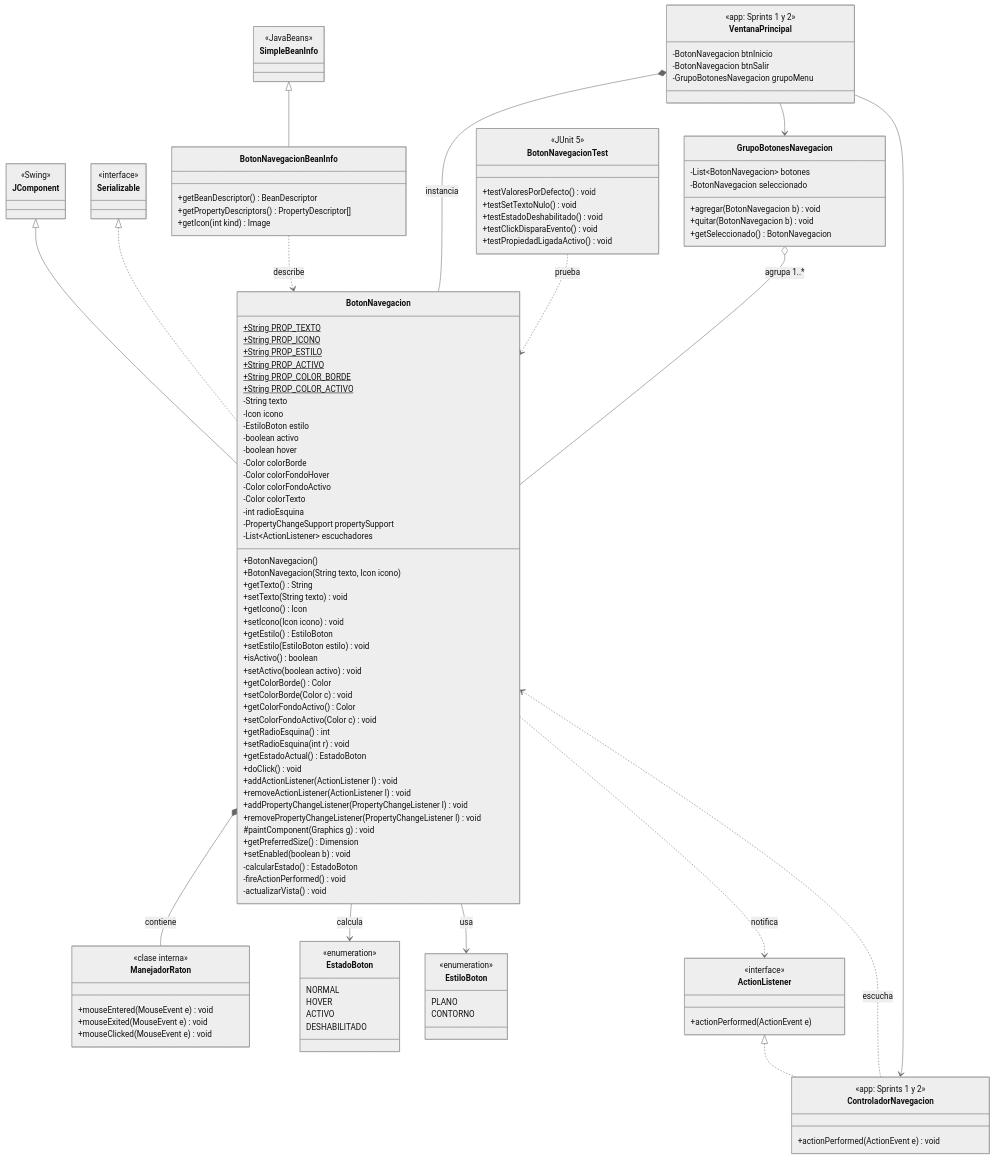
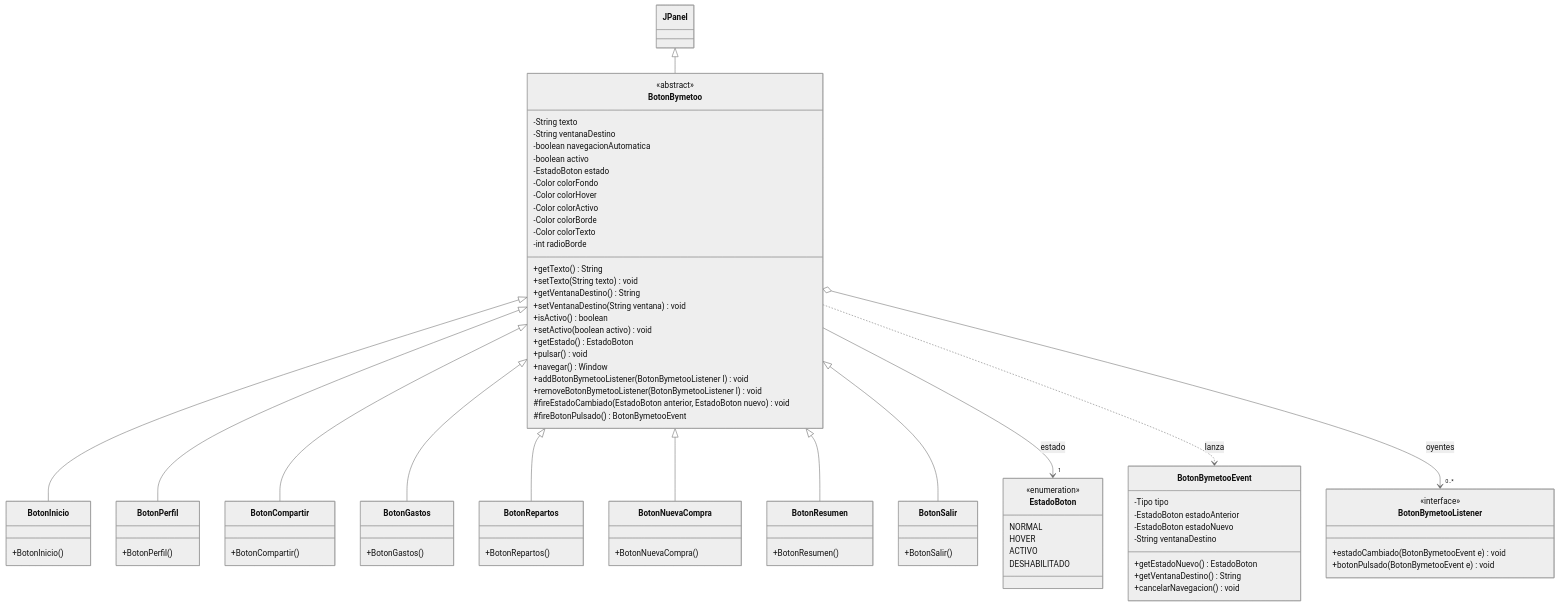
The diagram in DI-3.1.8 Arquitectura y diagrama de clases.md (siarheilukashou25-maker/Diseno_Interfaces-By-Me-Too), drawn with Mermaid (neutral theme) before and after one commit. The commit also changed other lines of this file, not shown here.

Commit message:
Revise class diagram and component documentation
Updated class diagram and component rules for Bymetoo buttons.

````diff
--- a/DI-3.1.8 Arquitectura y diagrama de clases.md
+++ b/DI-3.1.8 Arquitectura y diagrama de clases.md
@@ -21,18 +6,34 @@
 classDiagram
     direction TB
 
-    class JComponent {
-        <<Swing>>
-    }
-    class Serializable {
-        <<interface>>
-    }
-    class ActionListener {
-        <<interface>>
-        +actionPerformed(ActionEvent e)
-    }
-    class SimpleBeanInfo {
-        <<JavaBeans>>
+    class JPanel
+
+    class BotonBymetoo {
+        <<abstract>>
+        -String texto
+        -String ventanaDestino
+        -boolean navegacionAutomatica
+        -boolean activo
+        -EstadoBoton estado
+        -Color colorFondo
+        -Color colorHover
+        -Color colorActivo
+        -Color colorBorde
+        -Color colorTexto
+        -int radioBorde
+        +getTexto() String
+        +setTexto(String texto) void
+        +getVentanaDestino() String
+        +setVentanaDestino(String ventana) void
+        +isActivo() boolean
+        +setActivo(boolean activo) void
+        +getEstado() EstadoBoton
+        +pulsar() void
+        +navegar() Window
+        +addBotonBymetooListener(BotonBymetooListener l) void
+        +removeBotonBymetooListener(BotonBymetooListener l) void
+        #fireEstadoCambiado(EstadoBoton anterior, EstadoBoton nuevo) void
+        #fireBotonPulsado() BotonBymetooEvent
     }
 
     class EstadoBoton {
@@ -43,117 +44,58 @@
         DESHABILITADO
     }
 
-    class EstiloBoton {
-        <<enumeration>>
-        PLANO
-        CONTORNO
+    class BotonBymetooEvent {
+        -Tipo tipo
+        -EstadoBoton estadoAnterior
+        -EstadoBoton estadoNuevo
+        -String ventanaDestino
+        +getEstadoNuevo() EstadoBoton
+        +getVentanaDestino() String
+        +cancelarNavegacion() void
     }
 
-    class BotonNavegacion {
-        +String PROP_TEXTO$
-        +String PROP_ICONO$
-        +String PROP_ESTILO$
-        +String PROP_ACTIVO$
-        +String PROP_COLOR_BORDE$
-        +String PROP_COLOR_ACTIVO$
-        -String texto
-        -Icon icono
-        -EstiloBoton estilo
-        -boolean activo
-        -boolean hover
-        -Color colorBorde
-        -Color colorFondoHover
-        -Color colorFondoActivo
-        -Color colorTexto
-        -int radioEsquina
-        -PropertyChangeSupport propertySupport
-        -List~ActionListener~ escuchadores
-        +BotonNavegacion()
-        +BotonNavegacion(String texto, Icon icono)
-        +getTexto() String
-        +setTexto(String texto) void
-        +getIcono() Icon
-        +setIcono(Icon icono) void
-        +getEstilo() EstiloBoton
-        +setEstilo(EstiloBoton estilo) void
-        +isActivo() boolean
-        +setActivo(boolean activo) void
-        +getColorBorde() Color
-        +setColorBorde(Color c) void
-        +getColorFondoActivo() Color
-        +setColorFondoActivo(Color c) void
-        +getRadioEsquina() int
-        +setRadioEsquina(int r) void
-        +getEstadoActual() EstadoBoton
-        +doClick() void
-        +addActionListener(ActionListener l) void
-        +removeActionListener(ActionListener l) void
-        +addPropertyChangeListener(PropertyChangeListener l) void
-        +removePropertyChangeListener(PropertyChangeListener l) void
-        #paintComponent(Graphics g) void
-        +getPreferredSize() Dimension
-        +setEnabled(boolean b) void
-        -calcularEstado() EstadoBoton
-        -fireActionPerformed() void
-        -actualizarVista() void
+    class BotonBymetooListener {
+        <<interface>>
+        +estadoCambiado(BotonBymetooEvent e) void
+        +botonPulsado(BotonBymetooEvent e) void
     }
 
-    class ManejadorRaton {
-        <<clase interna>>
-        +mouseEntered(MouseEvent e) void
-        +mouseExited(MouseEvent e) void
-        +mouseClicked(MouseEvent e) void
+    class BotonInicio {
+        +BotonInicio()
+    }
+    class BotonPerfil {
+        +BotonPerfil()
+    }
+    class BotonCompartir {
+        +BotonCompartir()
+    }
+    class BotonGastos {
+        +BotonGastos()
+    }
+    class BotonRepartos {
+        +BotonRepartos()
+    }
+    class BotonNuevaCompra {
+        +BotonNuevaCompra()
+    }
+    class BotonResumen {
+        +BotonResumen()
+    }
+    class BotonSalir {
+        +BotonSalir()
     }
 
-    class BotonNavegacionBeanInfo {
-        +getBeanDescriptor() BeanDescriptor
-        +getPropertyDescriptors() PropertyDescriptor[]
-        +getIcon(int kind) Image
-    }
+    JPanel <|-- BotonBymetoo
+    BotonBymetoo <|-- BotonInicio
+    BotonBymetoo <|-- BotonPerfil
+    BotonBymetoo <|-- BotonCompartir
+    BotonBymetoo <|-- BotonGastos
+    BotonBymetoo <|-- BotonRepartos
+    BotonBymetoo <|-- BotonNuevaCompra
+    BotonBymetoo <|-- BotonResumen
+    BotonBymetoo <|-- BotonSalir
 
-    class GrupoBotonesNavegacion {
-        -List~BotonNavegacion~ botones
-        -BotonNavegacion seleccionado
-        +agregar(BotonNavegacion b) void
-        +quitar(BotonNavegacion b) void
-        +getSeleccionado() BotonNavegacion
-    }
-
-    class VentanaPrincipal {
-        <<app: Sprints 1 y 2>>
-        -BotonNavegacion btnInicio
-        -BotonNavegacion btnSalir
-        -GrupoBotonesNavegacion grupoMenu
-    }
-
-    class ControladorNavegacion {
-        <<app: Sprints 1 y 2>>
-        +actionPerformed(ActionEvent e) void
-    }
-
-    class BotonNavegacionTest {
-        <<JUnit 5>>
-        +testValoresPorDefecto() void
-        +testSetTextoNulo() void
-        +testEstadoDeshabilitado() void
-        +testClickDisparaEvento() void
-        +testPropiedadLigadaActivo() void
-    }
-
-    JComponent <|-- BotonNavegacion
-    Serializable <|.. BotonNavegacion
-    SimpleBeanInfo <|-- BotonNavegacionBeanInfo
-    ActionListener <|.. ControladorNavegacion
-
-    BotonNavegacion *-- ManejadorRaton : contiene
-    BotonNavegacion --> EstadoBoton : calcula
-    BotonNavegacion --> EstiloBoton : usa
-    BotonNavegacion ..> ActionListener : notifica
-    BotonNavegacionBeanInfo ..> BotonNavegacion : describe
-    GrupoBotonesNavegacion o-- BotonNavegacion : agrupa 1..*
-    VentanaPrincipal *-- BotonNavegacion : instancia
-    VentanaPrincipal --> GrupoBotonesNavegacion
-    VentanaPrincipal --> ControladorNavegacion
-    ControladorNavegacion ..> BotonNavegacion : escucha
-    BotonNavegacionTest ..> BotonNavegacion : prueba
+    BotonBymetoo --> "1" EstadoBoton : estado
+    BotonBymetoo ..> BotonBymetooEvent : lanza
+    BotonBymetoo o--> "0..*" BotonBymetooListener : oyentes
 ```
````
